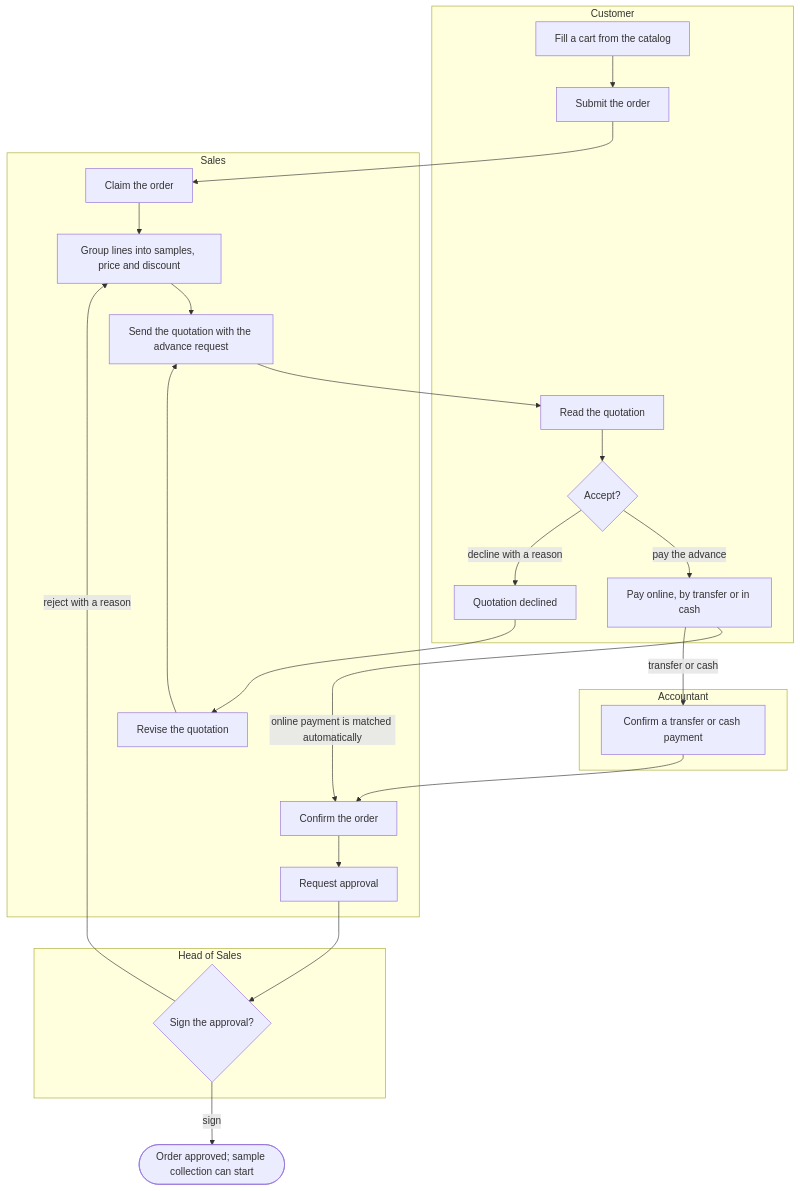
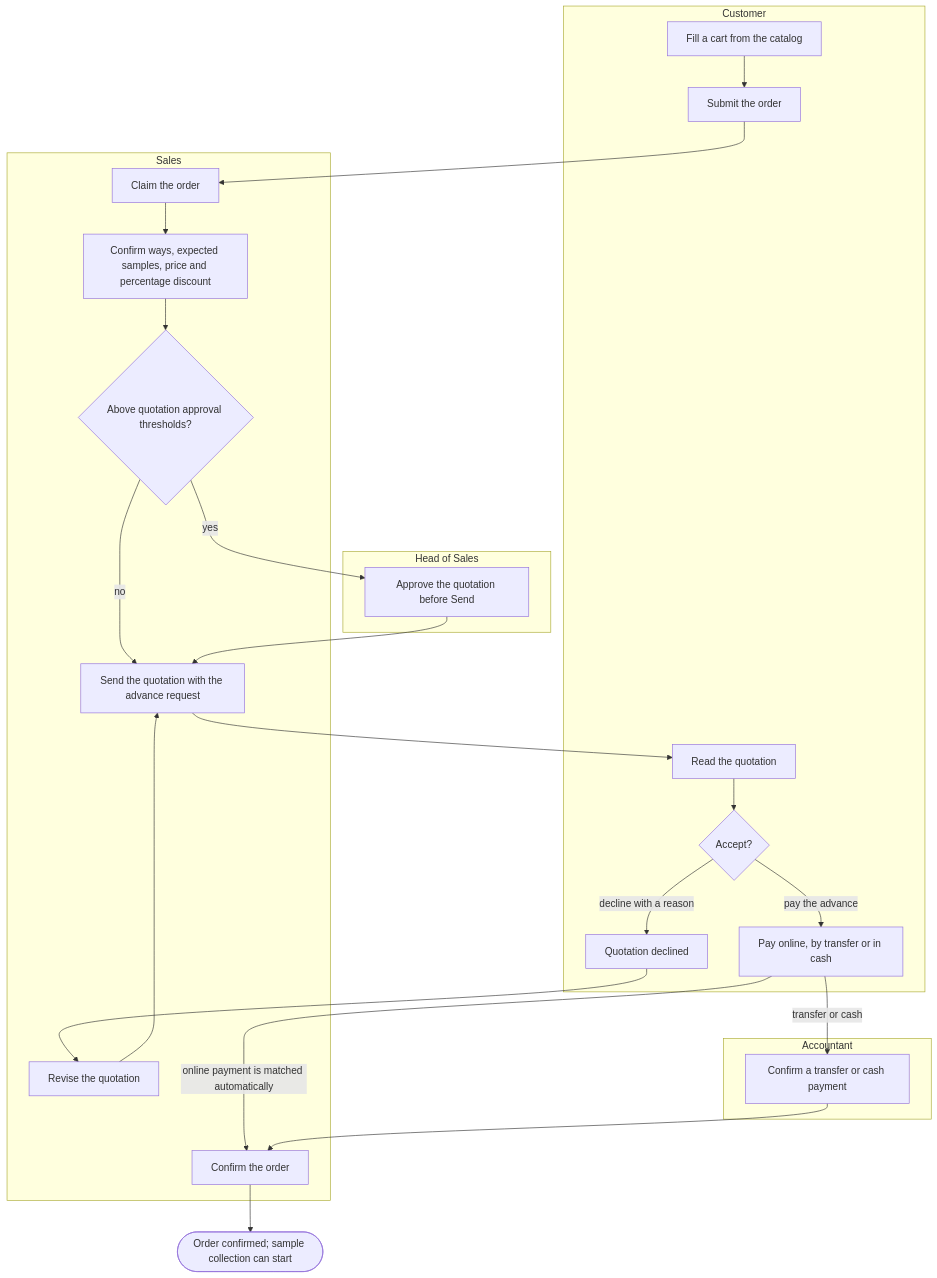
One commit to SoltuneMontepre/medilab changed the first of 17 diagrams in docs/functional/business-flows.md. Above: the diagram before and after it, drawn with Mermaid. The commit also changed other lines of this file and 47 other files, not shown here.

````diff
--- a/docs/functional/business-flows.md
+++ b/docs/functional/business-flows.md
@@ -52,29 +47,29 @@
 ```mermaid
 flowchart TD
     subgraph lane1 ["Customer"]
         c1[Fill a cart from the catalog] --> c2[Submit the order]
         c3[Read the quotation] --> c4{Accept?}
         c4 -->|pay the advance| c5[Pay online, by transfer or in cash]
         c4 -->|decline with a reason| c6[Quotation declined]
     end
     subgraph lane2 ["Sales"]
-        s1[Claim the order] --> s2[Group lines into samples, price and discount]
-        s2 --> s3[Send the quotation with the advance request]
-        s4[Confirm the order] --> s5[Request approval]
+        s1[Claim the order] --> s2[Confirm ways, expected samples, price and percentage discount]
+        s2 --> gate{Above quotation approval thresholds?}
+        gate -->|no| s3[Send the quotation with the advance request]
+        s4[Confirm the order]
         s6[Revise the quotation]
     end
     subgraph lane3 ["Accountant"]
         a1[Confirm a transfer or cash payment]
     end
     subgraph lane4 ["Head of Sales"]
-        h1{Sign the approval?}
+        h0[Approve the quotation before Send]
     end
     c2 --> s1
+    gate -->|yes| h0 --> s3
     s3 --> c3
     c5 -->|online payment is matched automatically| s4
     c5 -->|transfer or cash| a1 --> s4
     c6 --> s6 --> s3
-    s5 --> h1
-    h1 -->|reject with a reason| s2
-    h1 -->|sign| done(["Order approved; sample collection can start"])
+    s4 --> done(["Order confirmed; sample collection can start"])
 ```
````
